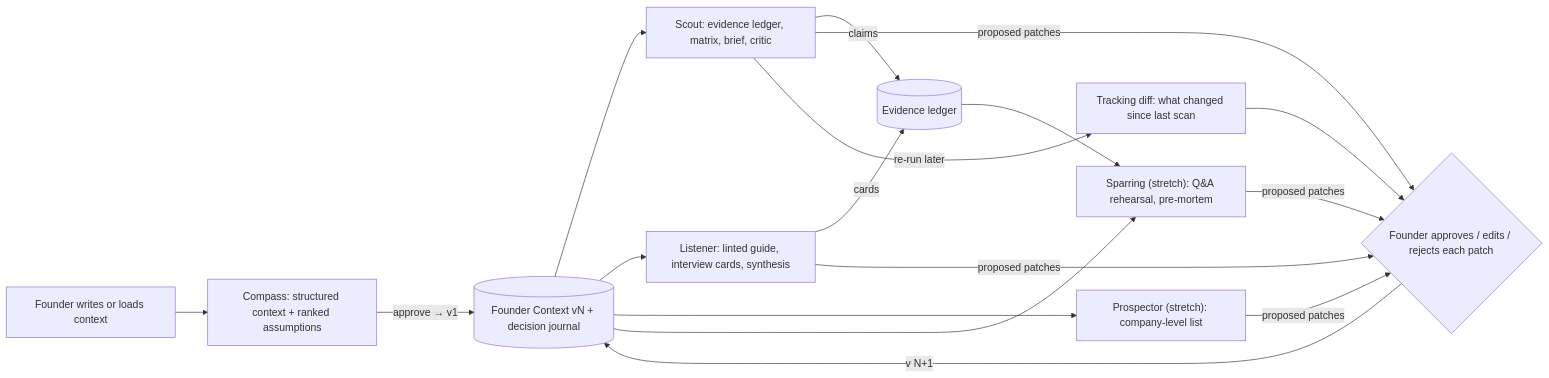
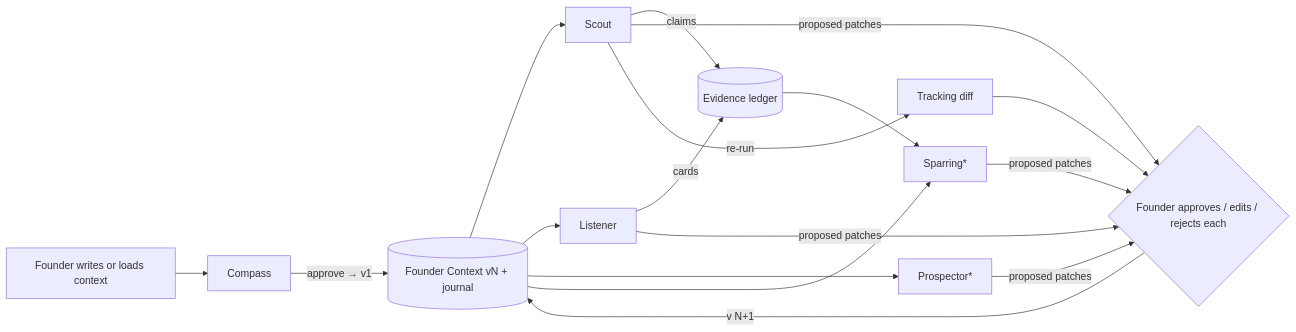
One commit to ankathakanksha21/FounderFlow-AI changed the second of 4 diagrams in PLAN.md. Above: the diagram before and after it, drawn with Mermaid. The commit also changed other lines of this file, not shown here.

````diff
--- a/PLAN.md
+++ b/PLAN.md
@@ -196,19 +189,12 @@
 ```mermaid
 flowchart LR
-  F["Founder writes or loads context"] --> C["Compass: structured context + ranked assumptions"]
-  C -->|"approve → v1"| FC[("Founder Context vN + decision journal")]
-  FC --> S["Scout: evidence ledger, matrix, brief, critic"]
-  FC --> L["Listener: linted guide, interview cards, synthesis"]
-  FC --> P["Prospector (stretch): company-level list"]
-  FC --> V["Sparring (stretch): Q&A rehearsal, pre-mortem"]
+  F["Founder writes or loads context"] --> C["Compass"]
+  C -->|"approve → v1"| FC[("Founder Context vN + journal")]
+  FC --> S["Scout"] & L["Listener"] & P["Prospector*"] & V["Sparring*"]
   S -->|"claims"| LED[("Evidence ledger")]
   L -->|"cards"| LED
   LED --> V
-  S -->|"proposed patches"| G{"Founder approves / edits / rejects each patch"}
-  L -->|"proposed patches"| G
-  P -->|"proposed patches"| G
-  V -->|"proposed patches"| G
+  S & L & P & V -->|"proposed patches"| G{"Founder approves / edits / rejects each"}
   G -->|"v N+1"| FC
-  S -->|"re-run later"| D["Tracking diff: what changed since last scan"]
-  D --> G
+  S -->|"re-run"| D["Tracking diff"] --> G
 ```
````
